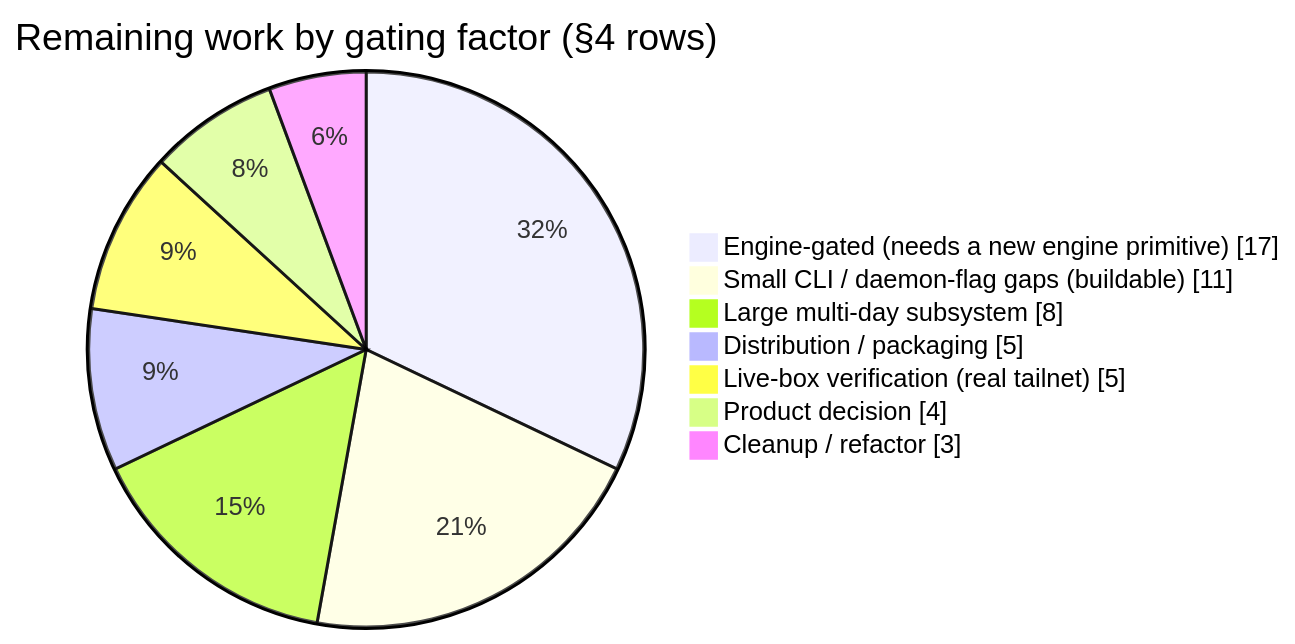
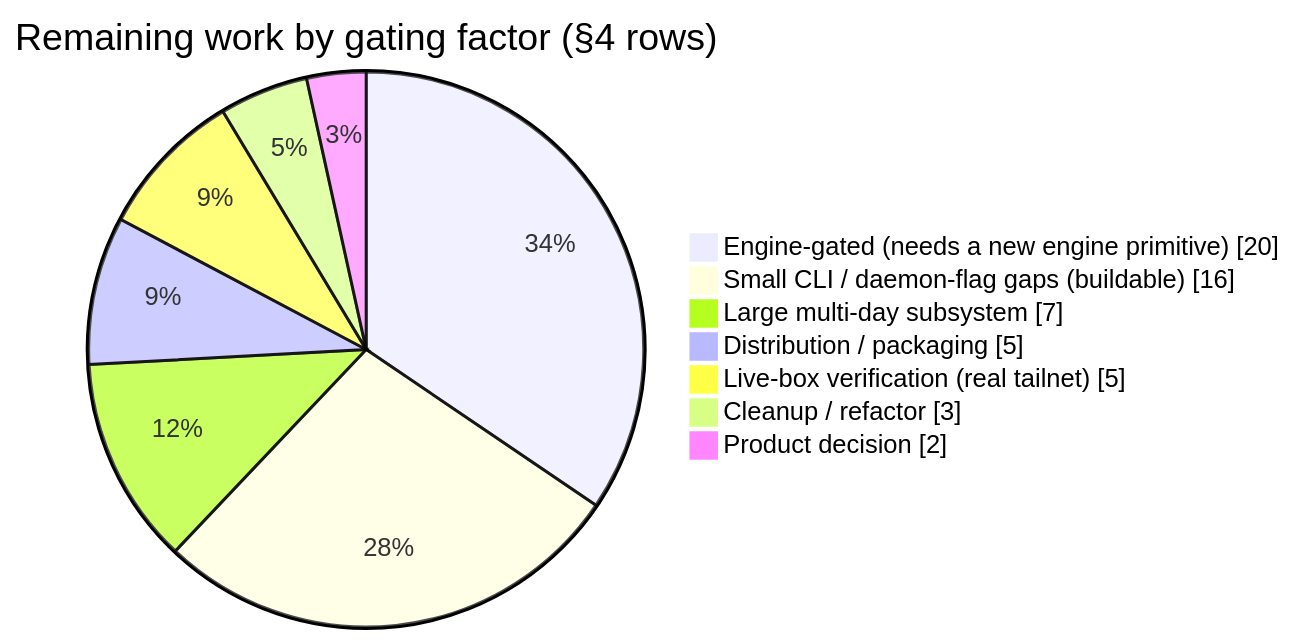
One commit to GeiserX/tailscaled-rs changed the first of 3 diagrams in docs/PARITY_GAP_ANALYSIS.md. Above: the diagram before and after it, drawn with Mermaid. The commit also changed other lines of this file and 3 other files, not shown here.

````diff
--- a/docs/PARITY_GAP_ANALYSIS.md
+++ b/docs/PARITY_GAP_ANALYSIS.md
@@ -33,11 +38,11 @@
 ```mermaid
 pie showData
     title Remaining work by gating factor (§4 rows)
-    "Engine-gated (needs a new engine primitive)" : 17
-    "Small CLI / daemon-flag gaps (buildable)" : 11
-    "Large multi-day subsystem" : 8
+    "Engine-gated (needs a new engine primitive)" : 20
+    "Small CLI / daemon-flag gaps (buildable)" : 16
+    "Large multi-day subsystem" : 7
     "Distribution / packaging" : 5
     "Live-box verification (real tailnet)" : 5
-    "Product decision" : 4
     "Cleanup / refactor" : 3
+    "Product decision" : 2
 ```
````
